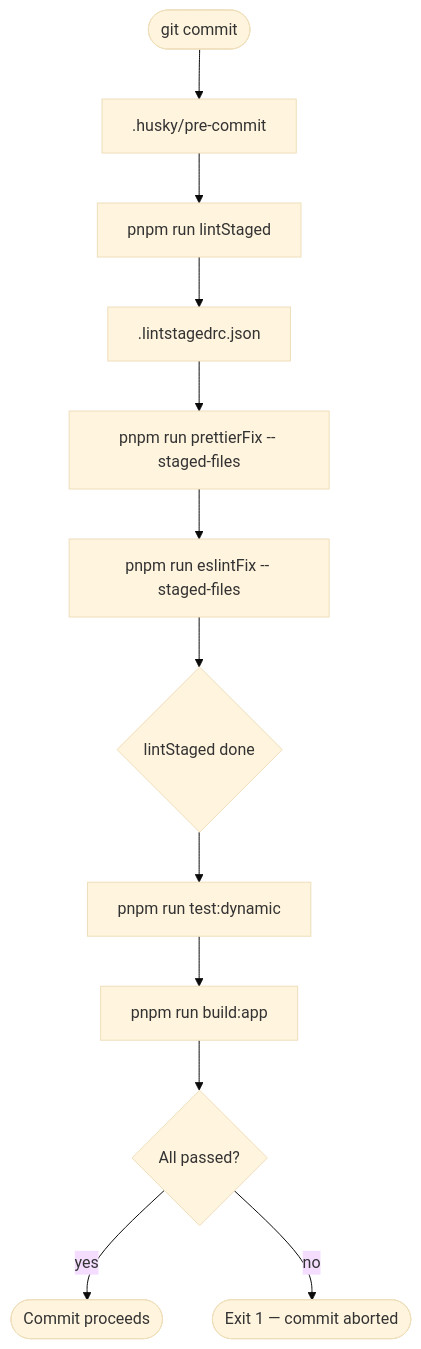
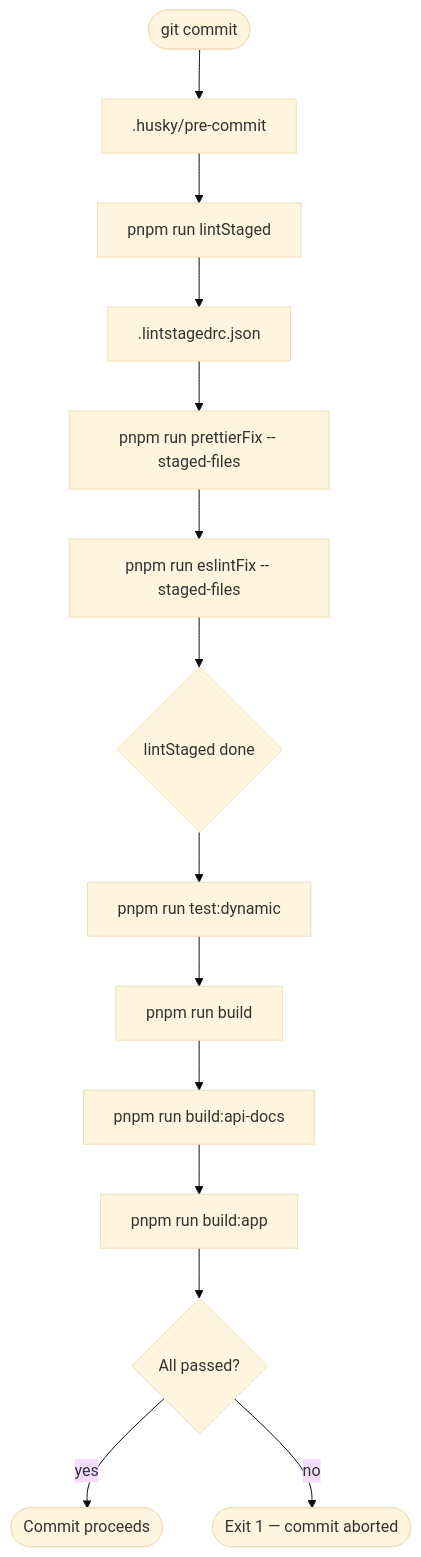
The first of 2 diagrams in docs/quality-gates.md (virgenherrera/nest-base), drawn with Mermaid (base theme) before and after one commit. The commit also changed other lines of this file and 2 other files, not shown here.

First line of the commit message:
feat: create build composite for full echo system propagation

````diff
--- a/docs/quality-gates.md
+++ b/docs/quality-gates.md
@@ -125,18 +127,20 @@
 ```mermaid
 flowchart TD
     A([git commit]) --> B[.husky/pre-commit]
 
     B --> C[pnpm run lintStaged]
 
     C --> D[.lintstagedrc.json]
     D --> E[pnpm run prettierFix -- staged-files]
     E --> F[pnpm run eslintFix -- staged-files]
     F --> G{lintStaged done}
 
     G --> H[pnpm run test:dynamic]
-    H --> I[pnpm run build:app]
+    H --> I[pnpm run build]
+    I --> I1[pnpm run build:api-docs]
+    I1 --> I2[pnpm run build:app]
 
-    I --> J{All passed?}
+    I2 --> J{All passed?}
     J -- yes --> K([Commit proceeds])
     J -- no --> L([Exit 1 — commit aborted])
 ```
````
